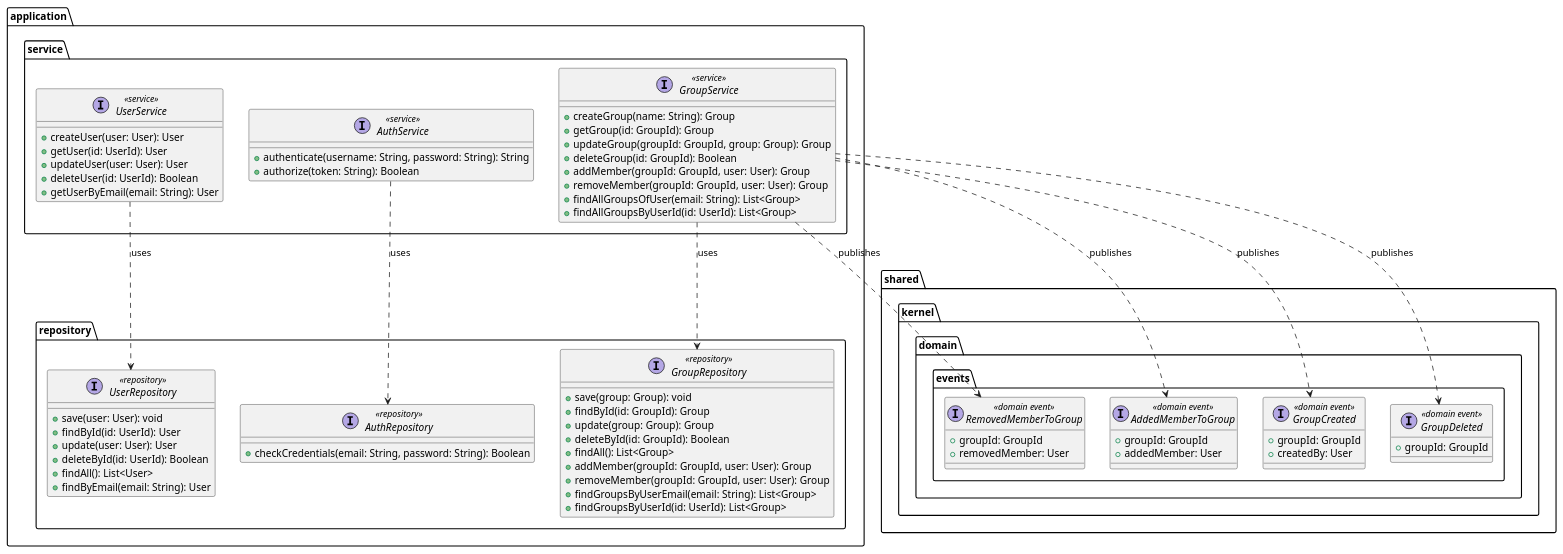
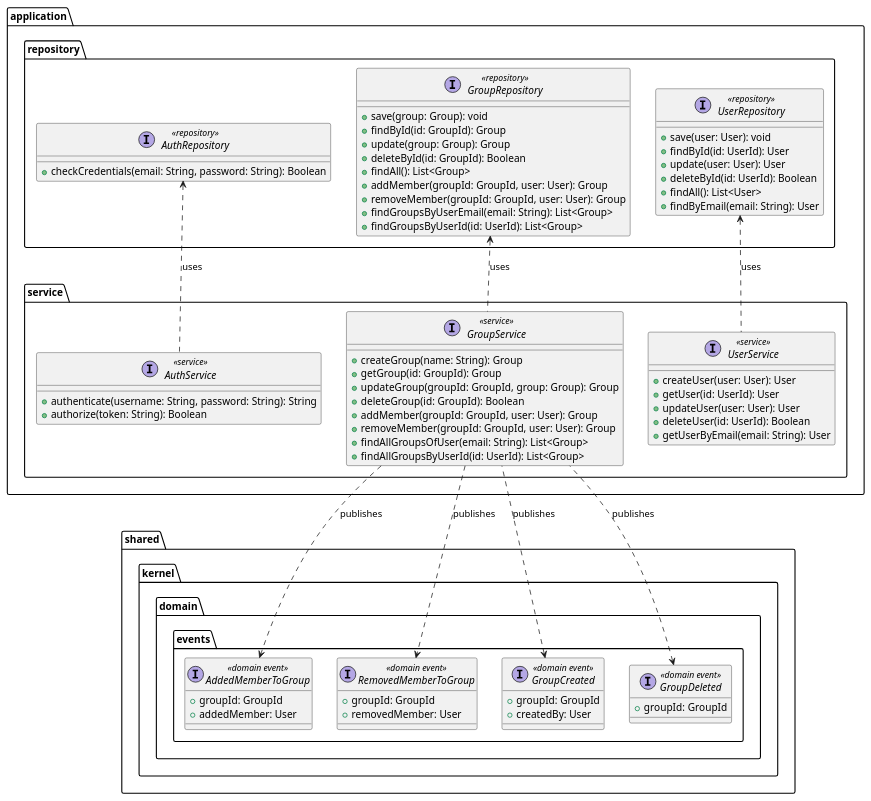
One commit to position-pal/Documentation changed the second of 3 diagrams in content/docs/4-detailed-design/5-user-groups-service.md. Above: the diagram before and after it, drawn with PlantUML. The commit also changed other lines of this file and 12 other files, not shown here.

````diff
--- a/content/docs/4-detailed-design/5-user-groups-service.md
+++ b/content/docs/4-detailed-design/5-user-groups-service.md
@@ -80,81 +66,81 @@
 ```plantuml
 @startuml user-group-service-application
 package application {
   package repository {
     interface UserRepository <<repository>> {
       + save(user: User): void
       + findById(id: UserId): User
       + update(user: User): User
       + deleteById(id: UserId): Boolean
       + findAll(): List<User>
       + findByEmail(email: String): User
     }
     interface GroupRepository <<repository>> {
       + save(group: Group): void
       + findById(id: GroupId): Group
       + update(group: Group): Group
       + deleteById(id: GroupId): Boolean
       + findAll(): List<Group>
       + addMember(groupId: GroupId, user: User): Group
       + removeMember(groupId: GroupId, user: User): Group
       + findGroupsByUserEmail(email: String): List<Group>
       + findGroupsByUserId(id: UserId): List<Group>
     }
     interface AuthRepository <<repository>> {
       + checkCredentials(email: String, password: String): Boolean
     }
   }
   
   package service {
     interface UserService <<service>> {
       + createUser(user: User): User
       + getUser(id: UserId): User
       + updateUser(user: User): User
       + deleteUser(id: UserId): Boolean
       + getUserByEmail(email: String): User
     }
     interface GroupService <<service>> {
       + createGroup(name: String): Group
       + getGroup(id: GroupId): Group
       + updateGroup(groupId: GroupId, group: Group): Group
       + deleteGroup(id: GroupId): Boolean
       + addMember(groupId: GroupId, user: User): Group
       + removeMember(groupId: GroupId, user: User): Group
       + findAllGroupsOfUser(email: String): List<Group>
       + findAllGroupsByUserId(id: UserId): List<Group>
     }
     interface AuthService <<service>> {
       + authenticate(username: String, password: String): String
       + authorize(token: String): Boolean
     }
   }
 }
 
 package shared.kernel.domain.events {
     interface AddedMemberToGroup <<domain event>> {
         + groupId: GroupId
         + addedMember: User
     }
     interface GroupCreated <<domain event>> {
         + groupId: GroupId
         + createdBy: User
     }
     interface GroupDeleted <<domain event>> {
         + groupId: GroupId
     }
     interface RemovedMemberToGroup <<domain event>> {
         + groupId: GroupId
         + removedMember: User
     }
 }
 
-  application.service.UserService ..> application.repository.UserRepository : uses
-  application.service.GroupService ..> application.repository.GroupRepository : uses
-  application.service.AuthService ..> application.repository.AuthRepository : uses
-  application.service.GroupService ..> shared.kernel.domain.events.GroupDeleted : publishes
-  application.service.GroupService ..> shared.kernel.domain.events.GroupCreated : publishes
+  application.service.UserService .up.> application.repository.UserRepository : uses
+  application.service.GroupService .up.> application.repository.GroupRepository : uses
+  application.service.AuthService .up.> application.repository.AuthRepository : uses
+  application.service.GroupService .up.> shared.kernel.domain.events.GroupDeleted : publishes
+  application.service.GroupService .up.> shared.kernel.domain.events.GroupCreated : publishes
   application.service.GroupService ..> shared.kernel.domain.events.AddedMemberToGroup : publishes
   application.service.GroupService ..> shared.kernel.domain.events.RemovedMemberToGroup : publishes
 
 @enduml
 ```
````
